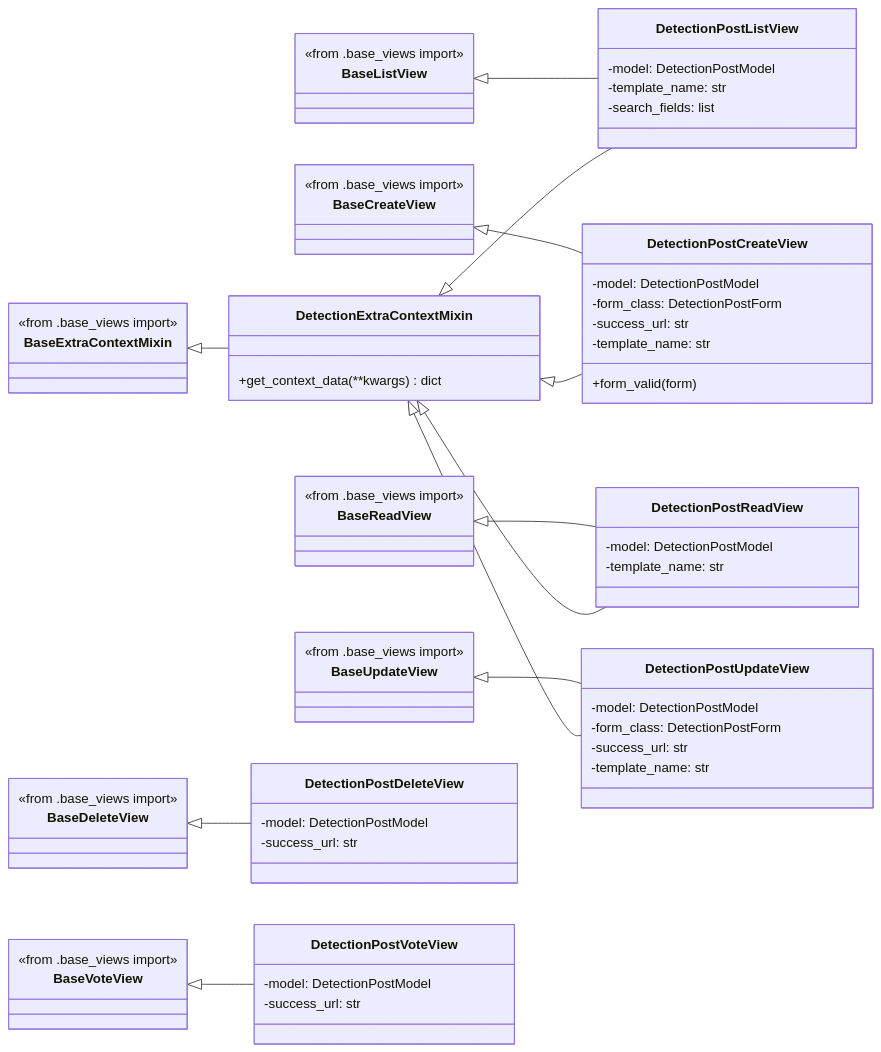
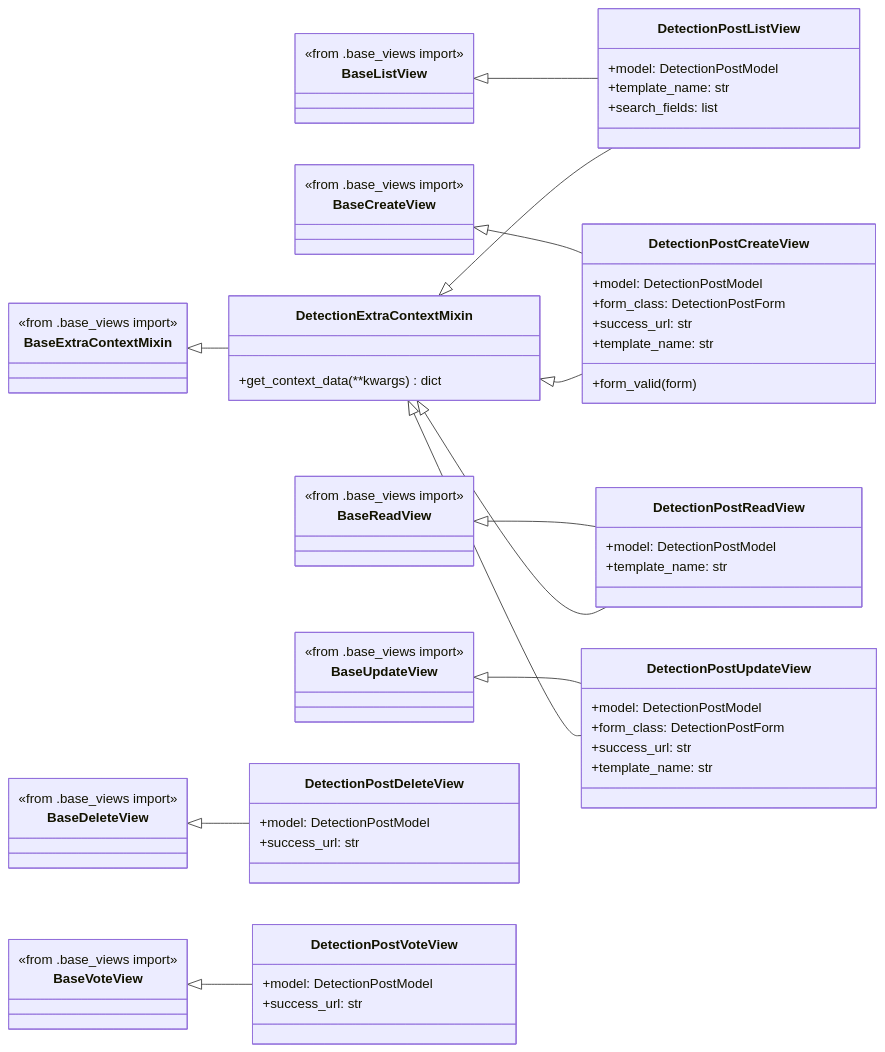
One commit to 0-CDOE/django_server changed diagram 12 of 13 in README.md. Above: the diagram before and after it, drawn with Mermaid. The commit also changed other lines of this file and 1 other file, not shown here.

````diff
--- a/README.md
+++ b/README.md
@@ -819,73 +821,73 @@
 ```mermaid
 classDiagram
    direction LR  %% Left to Right 방향 설정
 
     BaseExtraContextMixin <|-- DetectionExtraContextMixin
 
     BaseListView <|-- DetectionPostListView
     BaseCreateView <|-- DetectionPostCreateView
     BaseReadView <|-- DetectionPostReadView
     BaseUpdateView <|-- DetectionPostUpdateView
     BaseDeleteView <|-- DetectionPostDeleteView
     BaseVoteView <|-- DetectionPostVoteView
 
     DetectionExtraContextMixin <|-- DetectionPostListView
     DetectionExtraContextMixin <|-- DetectionPostCreateView
     DetectionExtraContextMixin <|-- DetectionPostReadView
     DetectionExtraContextMixin <|-- DetectionPostUpdateView
 
     class BaseExtraContextMixin {
       <<from .base_views import>>
     }
     class BaseListView {
       <<from .base_views import>>
     }
     class BaseCreateView {
       <<from .base_views import>>
     }
     class BaseReadView {
       <<from .base_views import>>
     }
     class BaseUpdateView {
       <<from .base_views import>>
     }
     class BaseDeleteView {
       <<from .base_views import>>
     }
     class BaseVoteView {
       <<from .base_views import>>
     }
     class DetectionExtraContextMixin {
         +get_context_data(**kwargs) dict
     }
     class DetectionPostListView {
-        -model: DetectionPostModel
-        -template_name: str
-        -search_fields: list
+        +model: DetectionPostModel
+        +template_name: str
+        +search_fields: list
     }
     class DetectionPostReadView {
-        -model: DetectionPostModel
-        -template_name: str
+        +model: DetectionPostModel
+        +template_name: str
     }
     class DetectionPostCreateView {
-        -model: DetectionPostModel
-        -form_class: DetectionPostForm
-        -success_url: str
-        -template_name: str
+        +model: DetectionPostModel
+        +form_class: DetectionPostForm
+        +success_url: str
+        +template_name: str
         +form_valid(form)
     }
     class DetectionPostUpdateView {
-        -model: DetectionPostModel
-        -form_class: DetectionPostForm
-        -success_url: str
-        -template_name: str
+        +model: DetectionPostModel
+        +form_class: DetectionPostForm
+        +success_url: str
+        +template_name: str
     }
     class DetectionPostDeleteView {
-        -model: DetectionPostModel
-        -success_url: str
+        +model: DetectionPostModel
+        +success_url: str
     }
     class DetectionPostVoteView {
-        -model: DetectionPostModel
-        -success_url: str
+        +model: DetectionPostModel
+        +success_url: str
     }
 ```
````
